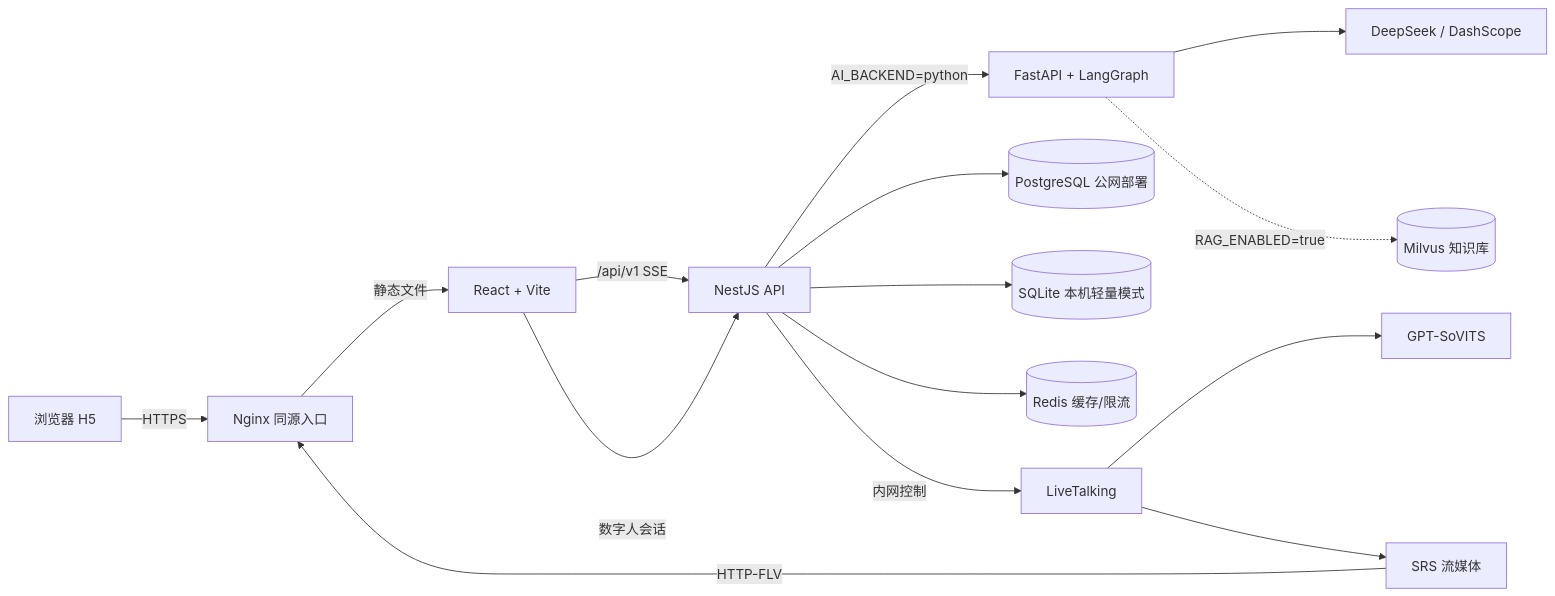
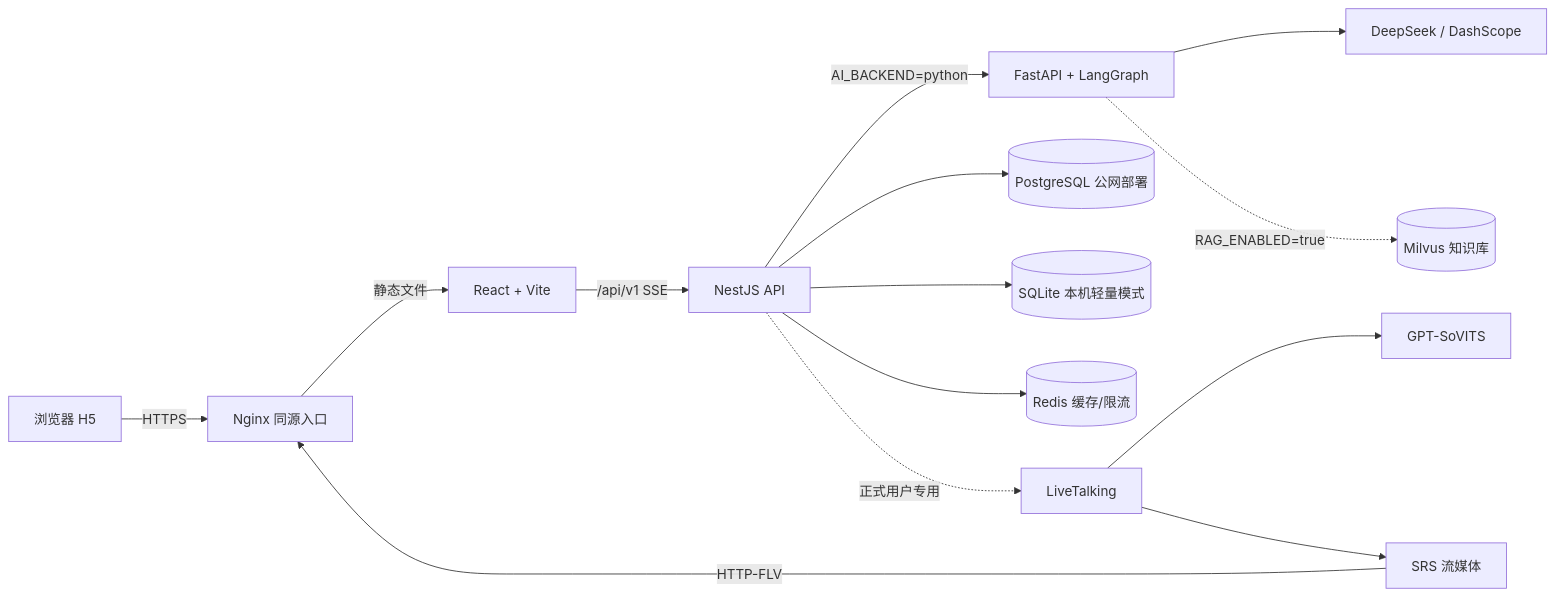
One commit to wsl-HealthCompanion/HealthCompanion changed the diagram in docs/superpowers/specs/2026-09-29-public-demo-readme-launcher-architecture-design.md. Above: the diagram before and after it, drawn with Mermaid. The commit also changed other lines of this file, not shown here.

````diff
--- a/docs/superpowers/specs/2026-09-29-public-demo-readme-launcher-architecture-design.md
+++ b/docs/superpowers/specs/2026-09-29-public-demo-readme-launcher-architecture-design.md
@@ -56,17 +58,16 @@
 ```mermaid
 graph LR
     Browser[浏览器 H5] -->|HTTPS| Nginx[Nginx 同源入口]
     Nginx -->|静态文件| H5[React + Vite]
     H5 -->|/api/v1 SSE| Nest[NestJS API]
     Nest -->|AI_BACKEND=python| AI[FastAPI + LangGraph]
     AI --> LLM[DeepSeek / DashScope]
     AI -.->|RAG_ENABLED=true| Milvus[(Milvus 知识库)]
     Nest --> PG[(PostgreSQL 公网部署)]
     Nest --> SQLite[(SQLite 本机轻量模式)]
     Nest --> Redis[(Redis 缓存/限流)]
-    H5 -->|数字人会话| Nest
-    Nest -->|内网控制| LT[LiveTalking]
+    Nest -.->|正式用户专用| LT[LiveTalking]
     LT --> TTS[GPT-SoVITS]
     LT --> SRS[SRS 流媒体]
     SRS -->|HTTP-FLV| Nginx
 ```
````
